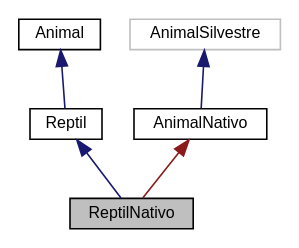
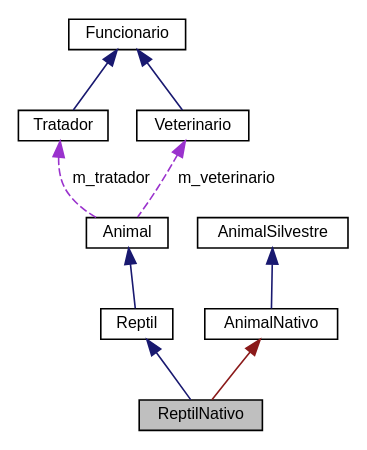
One commit to artur-coelho/PetFera changed the diagram in doc/classReptilNativo__coll__graph.dot. Above: the diagram before and after it, drawn with Graphviz. The commit also changed 188 other files, not shown here.

```diff
--- a/doc/classReptilNativo__coll__graph.dot
+++ b/doc/classReptilNativo__coll__graph.dot
@@ -1,14 +1,21 @@
 digraph "ReptilNativo"
 {
   edge [fontname="Helvetica",fontsize="10",labelfontname="Helvetica",labelfontsize="10"];
   node [fontname="Helvetica",fontsize="10",shape=record];
   Node5 [label="ReptilNativo",height=0.2,width=0.4,color="black", fillcolor="grey75", style="filled", fontcolor="black"];
   Node6 -> Node5 [dir="back",color="midnightblue",fontsize="10",style="solid",fontname="Helvetica"];
   Node6 [label="Reptil",height=0.2,width=0.4,color="black", fillcolor="white", style="filled",URL="$classReptil.html"];
   Node7 -> Node6 [dir="back",color="midnightblue",fontsize="10",style="solid",fontname="Helvetica"];
   Node7 [label="Animal",height=0.2,width=0.4,color="black", fillcolor="white", style="filled",URL="$classAnimal.html"];
-  Node8 -> Node5 [dir="back",color="firebrick4",fontsize="10",style="solid",fontname="Helvetica"];
-  Node8 [label="AnimalNativo",height=0.2,width=0.4,color="black", fillcolor="white", style="filled",URL="$classAnimalNativo.html"];
+  Node8 -> Node7 [dir="back",color="darkorchid3",fontsize="10",style="dashed",label=" m_tratador" ,fontname="Helvetica"];
+  Node8 [label="Tratador",height=0.2,width=0.4,color="black", fillcolor="white", style="filled",URL="$classTratador.html"];
   Node9 -> Node8 [dir="back",color="midnightblue",fontsize="10",style="solid",fontname="Helvetica"];
-  Node9 [label="AnimalSilvestre",height=0.2,width=0.4,color="grey75", fillcolor="white", style="filled"];
+  Node9 [label="Funcionario",height=0.2,width=0.4,color="black", fillcolor="white", style="filled",URL="$classFuncionario.html"];
+  Node10 -> Node7 [dir="back",color="darkorchid3",fontsize="10",style="dashed",label=" m_veterinario" ,fontname="Helvetica"];
+  Node10 [label="Veterinario",height=0.2,width=0.4,color="black", fillcolor="white", style="filled",URL="$classVeterinario.html"];
+  Node9 -> Node10 [dir="back",color="midnightblue",fontsize="10",style="solid",fontname="Helvetica"];
+  Node11 -> Node5 [dir="back",color="firebrick4",fontsize="10",style="solid",fontname="Helvetica"];
+  Node11 [label="AnimalNativo",height=0.2,width=0.4,color="black", fillcolor="white", style="filled",URL="$classAnimalNativo.html"];
+  Node12 -> Node11 [dir="back",color="midnightblue",fontsize="10",style="solid",fontname="Helvetica"];
+  Node12 [label="AnimalSilvestre",height=0.2,width=0.4,color="black", fillcolor="white", style="filled",URL="$classAnimalSilvestre.html"];
 }
```
